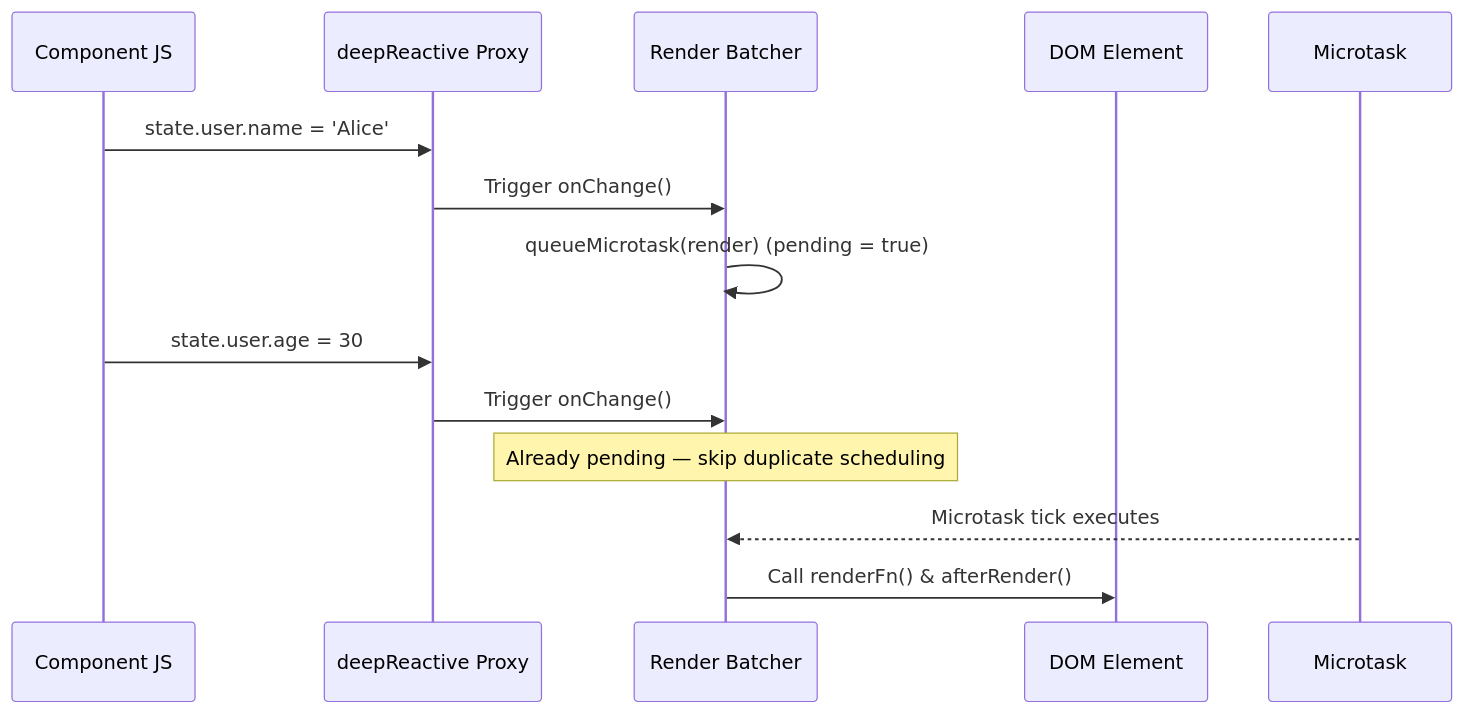
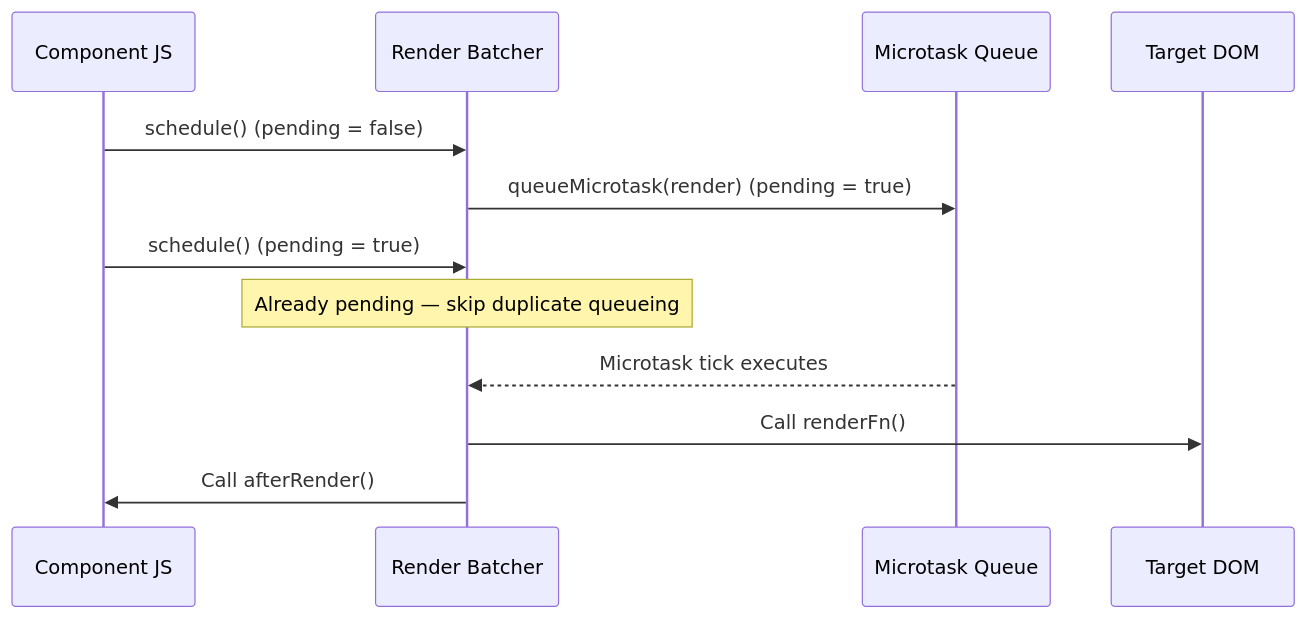
One commit to livenetworks/ln-ashlar changed the diagram in docs-mcp/components/ln-reactive.md. Above: the diagram before and after it, drawn with Mermaid. The commit also changed other lines of this file and 14 other files, not shown here.

Commit message:
refactor(core): trim speculative reactive proxies, guard filter batcher, and sync documentation

````diff
--- a/docs-mcp/components/ln-reactive.md
+++ b/docs-mcp/components/ln-reactive.md
@@ -108,18 +94,17 @@
 ```mermaid
 sequenceDiagram
-    participant Code as Component JS
-    participant Proxy as deepReactive Proxy
+    participant Component as Component JS
     participant Batcher as Render Batcher
-    participant DOM as DOM Element
+    participant Microtask as Microtask Queue
+    participant DOM as Target DOM
 
-    Code->>Proxy: state.user.name = 'Alice'
-    Proxy->>Batcher: Trigger onChange()
-    Batcher->>Batcher: queueMicrotask(render) (pending = true)
+    Component->>Batcher: schedule() (pending = false)
+    Batcher->>Microtask: queueMicrotask(render) (pending = true)
     
-    Code->>Proxy: state.user.age = 30
-    Proxy->>Batcher: Trigger onChange()
-    Note over Batcher: Already pending — skip duplicate scheduling
+    Component->>Batcher: schedule() (pending = true)
+    Note over Batcher: Already pending — skip duplicate queueing
     
     Microtask-->>Batcher: Microtask tick executes
-    Batcher->>DOM: Call renderFn() & afterRender()
+    Batcher->>DOM: Call renderFn()
+    Batcher->>Component: Call afterRender()
 ```
````
